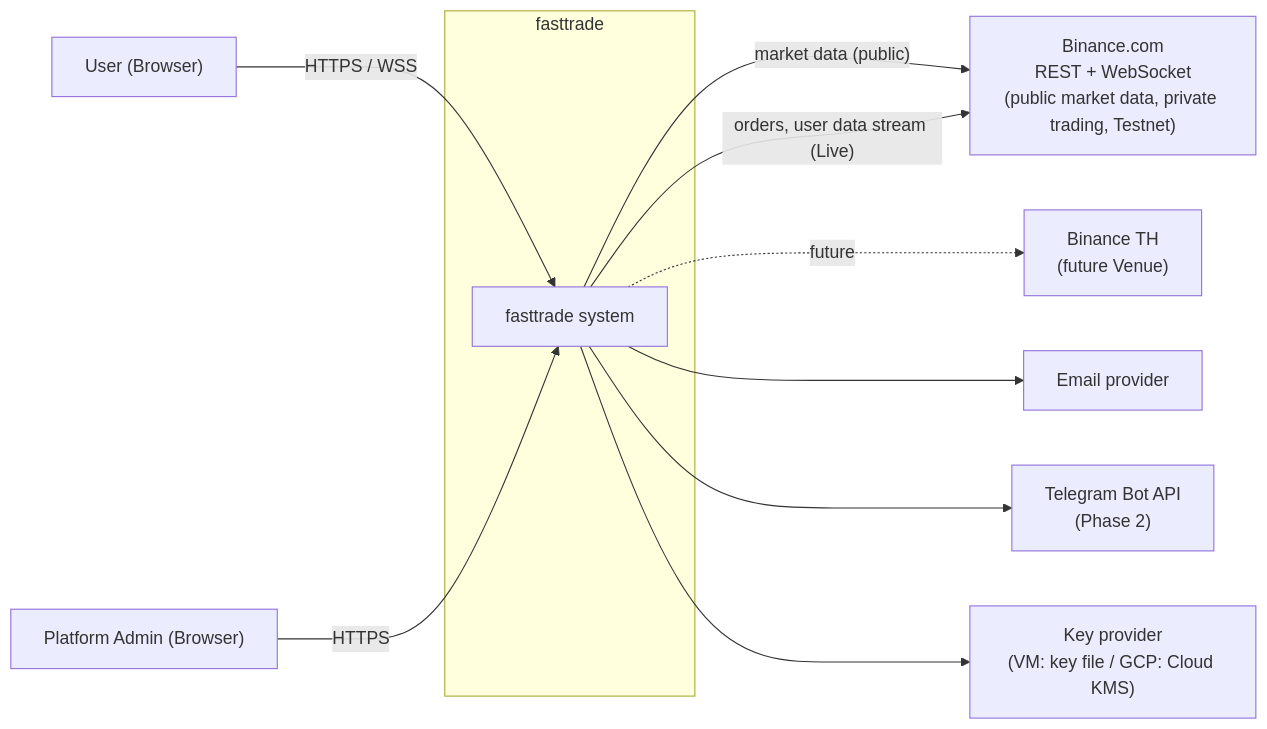
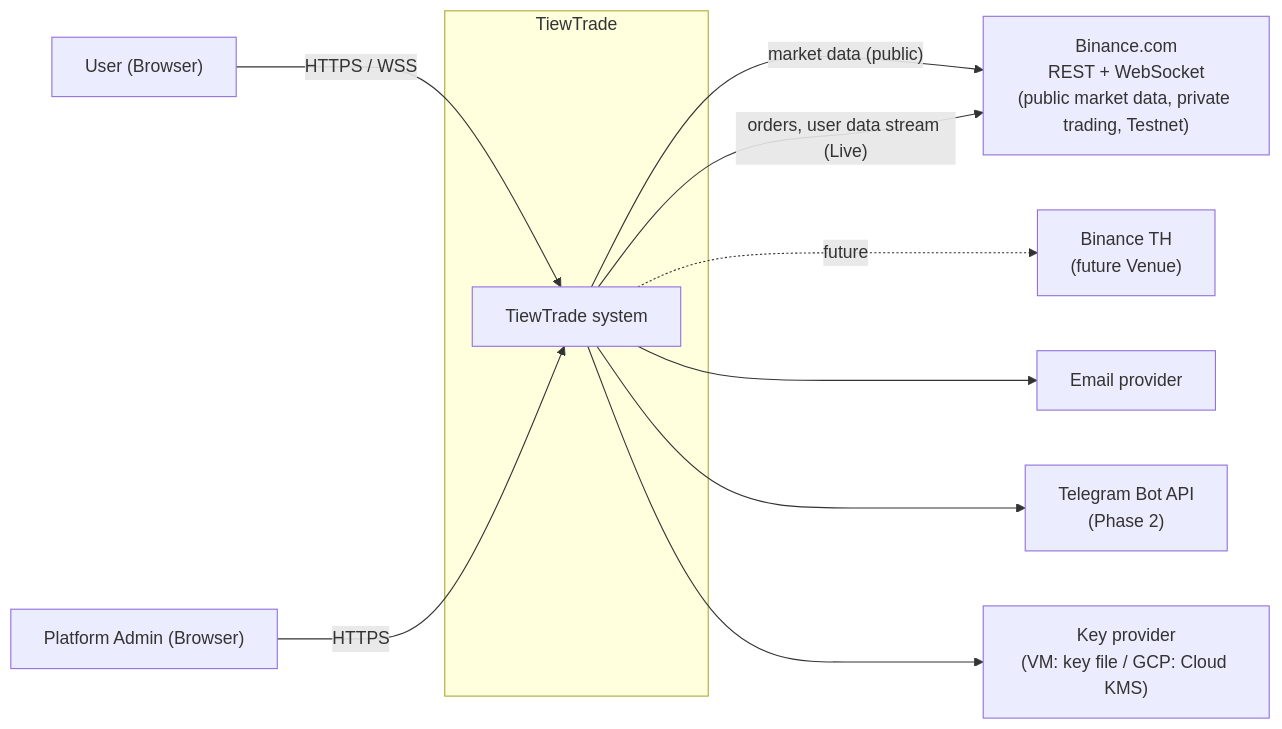
One commit to yukasung/tiewtrade changed the first of 7 diagrams in docs/architecture/architecture.md. Above: the diagram before and after it, drawn with Mermaid. The commit also changed other lines of this file and 91 other files, not shown here.

First line of the commit message:
Rename fasttrade to tiewtrade across the repository

````diff
--- a/docs/architecture/architecture.md
+++ b/docs/architecture/architecture.md
@@ -37,22 +37,22 @@
 ```mermaid
 flowchart LR
     user["User (Browser)"]
     admin["Platform Admin (Browser)"]
-    subgraph fasttrade["fasttrade"]
-        sys["fasttrade system"]
+    subgraph tiewtrade["TiewTrade"]
+        sys["TiewTrade system"]
     end
     bcom["Binance.com<br/>REST + WebSocket<br/>(public market data, private trading, Testnet)"]
     bth["Binance TH<br/>(future Venue)"]
     mail["Email provider"]
     tg["Telegram Bot API<br/>(Phase 2)"]
     kms["Key provider<br/>(VM: key file / GCP: Cloud KMS)"]
 
     user -- HTTPS / WSS --> sys
     admin -- HTTPS --> sys
     sys -- "market data (public)" --> bcom
     sys -- "orders, user data stream (Live)" --> bcom
     sys -. future .-> bth
     sys --> mail
     sys --> tg
     sys --> kms
 ```
````
